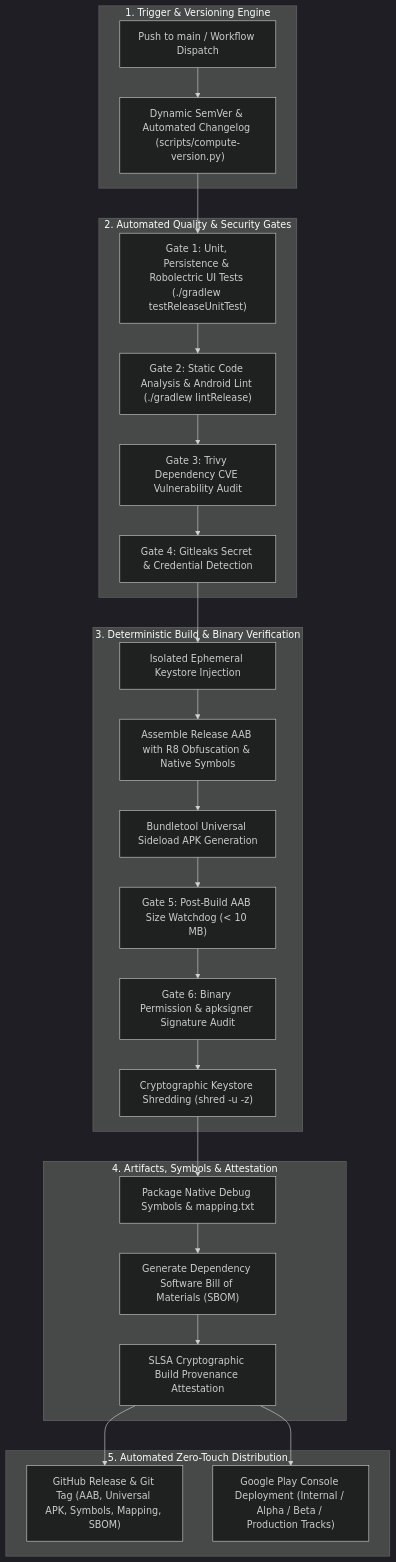
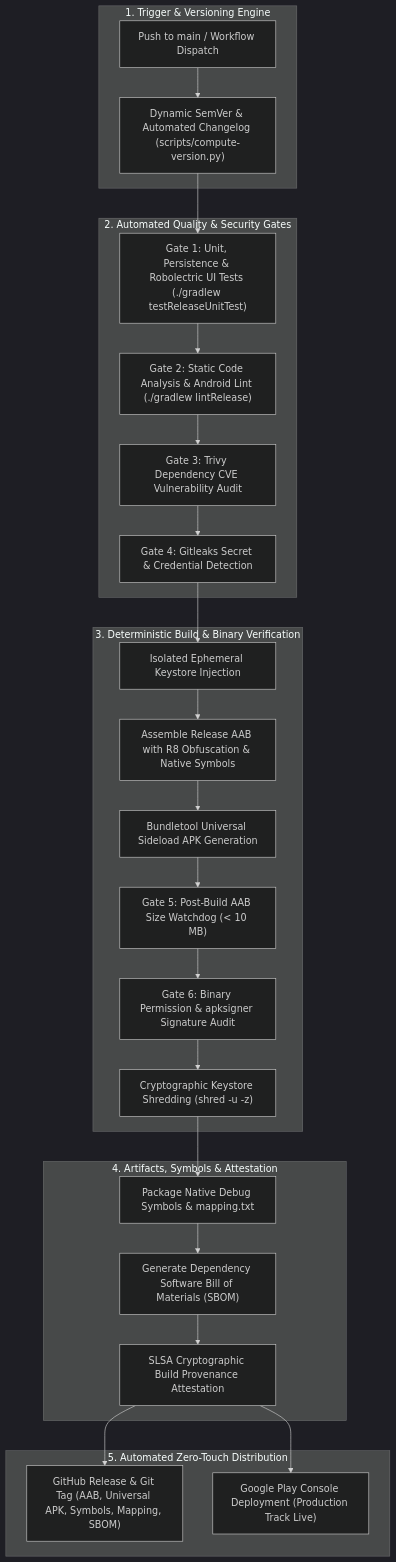
The diagram in README.md (PixelabsDev/Calculator), drawn with Mermaid (dark theme) before and after one commit. The commit also changed other lines of this file and 2 other files, not shown here.

Commit message:
docs: announce Google Play production release and update repository badges

````diff
--- a/README.md
+++ b/README.md
@@ -94,40 +116,40 @@
 ```mermaid
 flowchart TD
     subgraph Trigger["1. Trigger & Versioning Engine"]
         A["Push to main / Workflow Dispatch"]
         B["Dynamic SemVer & Automated Changelog (scripts/compute-version.py)"]
         A --> B
     end
 
     subgraph QualityGates["2. Automated Quality & Security Gates"]
         C1["Gate 1: Unit, Persistence & Robolectric UI Tests (./gradlew testReleaseUnitTest)"]
         C2["Gate 2: Static Code Analysis & Android Lint (./gradlew lintRelease)"]
         C3["Gate 3: Trivy Dependency CVE Vulnerability Audit"]
         C4["Gate 4: Gitleaks Secret & Credential Detection"]
         B --> C1 --> C2 --> C3 --> C4
     end
 
     subgraph BuildEngine["3. Deterministic Build & Binary Verification"]
         D1["Isolated Ephemeral Keystore Injection"]
         D2["Assemble Release AAB with R8 Obfuscation & Native Symbols"]
         D3["Bundletool Universal Sideload APK Generation"]
         D4["Gate 5: Post-Build AAB Size Watchdog (< 10 MB)"]
         D5["Gate 6: Binary Permission & apksigner Signature Audit"]
         D6["Cryptographic Keystore Shredding (shred -u -z)"]
         C4 --> D1 --> D2 --> D3 --> D4 --> D5 --> D6
     end
 
     subgraph ComplianceSymbols["4. Artifacts, Symbols & Attestation"]
         E1["Package Native Debug Symbols & mapping.txt"]
         E2["Generate Dependency Software Bill of Materials (SBOM)"]
         E3["SLSA Cryptographic Build Provenance Attestation"]
         D6 --> E1 --> E2 --> E3
     end
 
     subgraph Distribution["5. Automated Zero-Touch Distribution"]
         F1["GitHub Release & Git Tag (AAB, Universal APK, Symbols, Mapping, SBOM)"]
-        F2["Google Play Console Deployment (Internal / Alpha / Beta / Production Tracks)"]
+        F2["Google Play Console Deployment (Production Track Live)"]
         E3 --> F1
         E3 --> F2
     end
 ```
````
